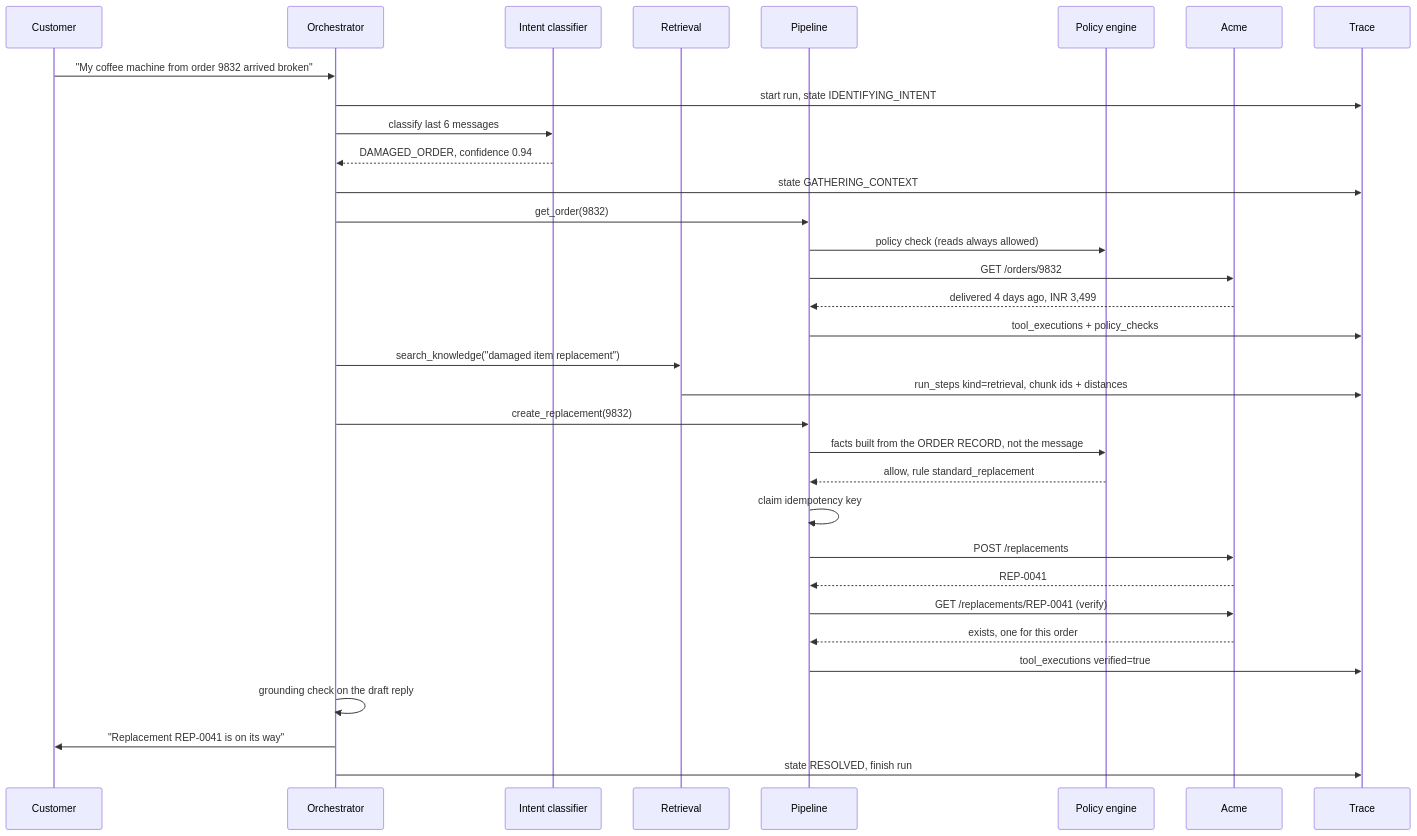
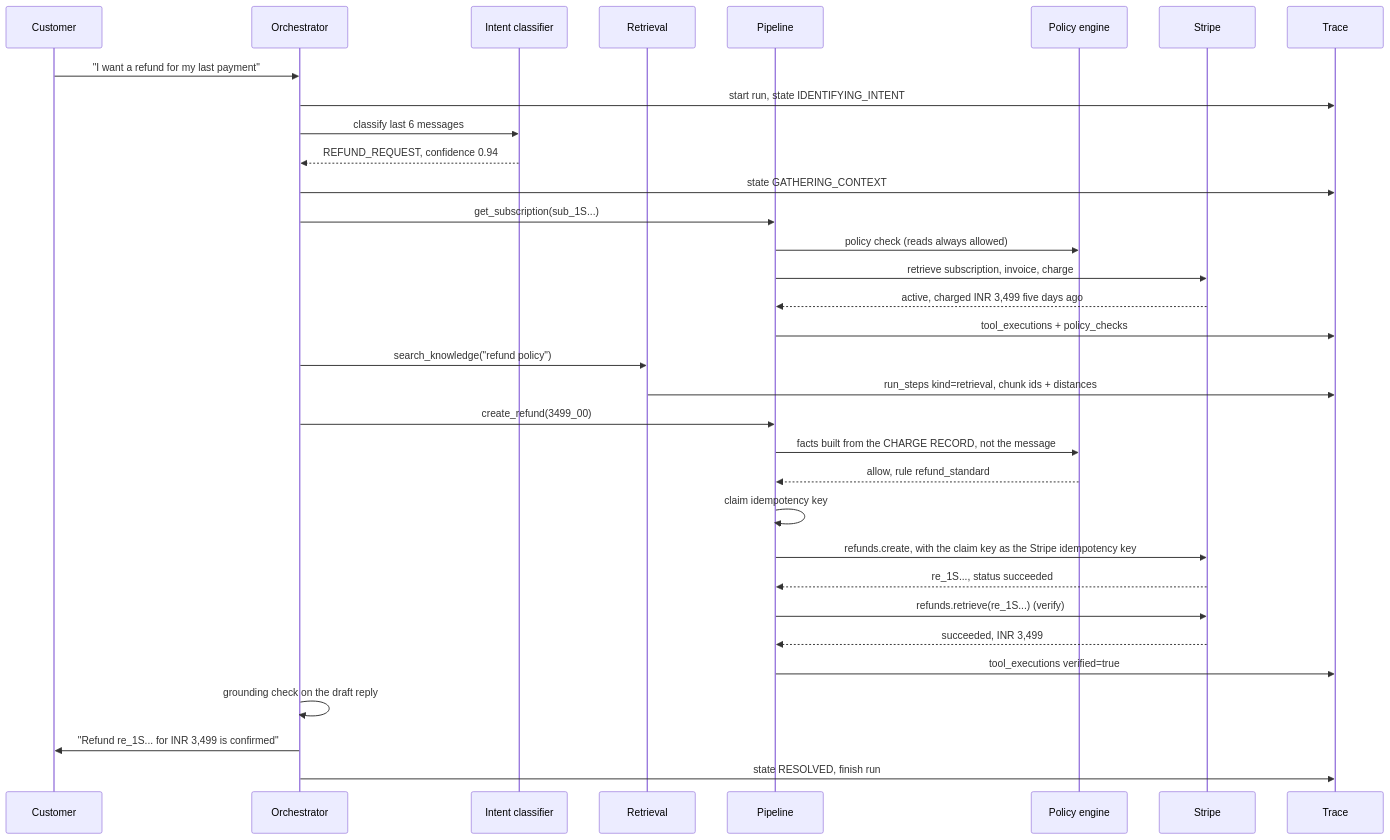
One commit to prawesh-12/kora changed the second of 3 diagrams in docs/01-architecture/README.md. Above: the diagram before and after it, drawn with Mermaid. The commit also changed other lines of this file and 20 other files, not shown here.

````diff
--- a/docs/01-architecture/README.md
+++ b/docs/01-architecture/README.md
@@ -86,40 +90,40 @@
 ```mermaid
 sequenceDiagram
     participant C as Customer
     participant O as Orchestrator
     participant I as Intent classifier
     participant R as Retrieval
     participant P as Pipeline
     participant PE as Policy engine
-    participant A as Acme
+    participant S as Stripe
     participant T as Trace
 
-    C->>O: "My coffee machine from order 9832 arrived broken"
+    C->>O: "I want a refund for my last payment"
     O->>T: start run, state IDENTIFYING_INTENT
     O->>I: classify last 6 messages
-    I-->>O: DAMAGED_ORDER, confidence 0.94
+    I-->>O: REFUND_REQUEST, confidence 0.94
     O->>T: state GATHERING_CONTEXT
 
-    O->>P: get_order(9832)
+    O->>P: get_subscription(sub_1S...)
     P->>PE: policy check (reads always allowed)
-    P->>A: GET /orders/9832
-    A-->>P: delivered 4 days ago, INR 3,499
+    P->>S: retrieve subscription, invoice, charge
+    S-->>P: active, charged INR 3,499 five days ago
     P->>T: tool_executions + policy_checks
 
-    O->>R: search_knowledge("damaged item replacement")
+    O->>R: search_knowledge("refund policy")
     R->>T: run_steps kind=retrieval, chunk ids + distances
 
-    O->>P: create_replacement(9832)
-    P->>PE: facts built from the ORDER RECORD, not the message
-    PE-->>P: allow, rule standard_replacement
+    O->>P: create_refund(3499_00)
+    P->>PE: facts built from the CHARGE RECORD, not the message
+    PE-->>P: allow, rule refund_standard
     P->>P: claim idempotency key
-    P->>A: POST /replacements
-    A-->>P: REP-0041
-    P->>A: GET /replacements/REP-0041 (verify)
-    A-->>P: exists, one for this order
+    P->>S: refunds.create, with the claim key as the Stripe idempotency key
+    S-->>P: re_1S..., status succeeded
+    P->>S: refunds.retrieve(re_1S...) (verify)
+    S-->>P: succeeded, INR 3,499
     P->>T: tool_executions verified=true
 
     O->>O: grounding check on the draft reply
-    O->>C: "Replacement REP-0041 is on its way"
+    O->>C: "Refund re_1S... for INR 3,499 is confirmed"
     O->>T: state RESOLVED, finish run
 ```
````
